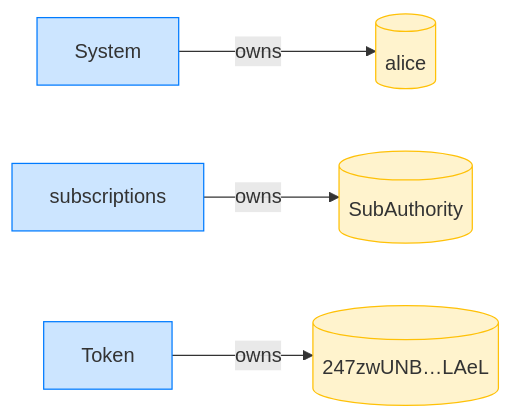
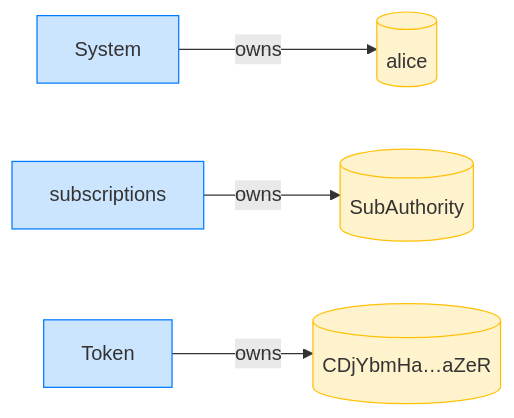
One commit to cds-rs/subscriptions changed the fourth of 16 diagrams in dsl_tests/subscribe-by-a-second-user.md. Above: the diagram before and after it, drawn with Mermaid. The commit also changed other lines of this file and 224 other files, not shown here.

````diff
--- a/dsl_tests/subscribe-by-a-second-user.md
+++ b/dsl_tests/subscribe-by-a-second-user.md
@@ -73,14 +78,14 @@
 ```mermaid
 flowchart LR
     classDef owner fill:#cce5ff,stroke:#007bff;
     classDef account fill:#fff3cd,stroke:#ffc107;
     System[System]:::owner
     alice[(alice)]:::account
     subscriptions[subscriptions]:::owner
     SubAuthority[(SubAuthority)]:::account
     Token[Token]:::owner
-    247zwUNB_LAeL[("247zwUNB…LAeL")]:::account
+    CDjYbmHa_aZeR[("CDjYbmHa…aZeR")]:::account
     System -->|owns| alice
     subscriptions -->|owns| SubAuthority
-    Token -->|owns| 247zwUNB_LAeL
+    Token -->|owns| CDjYbmHa_aZeR
 ```
````
